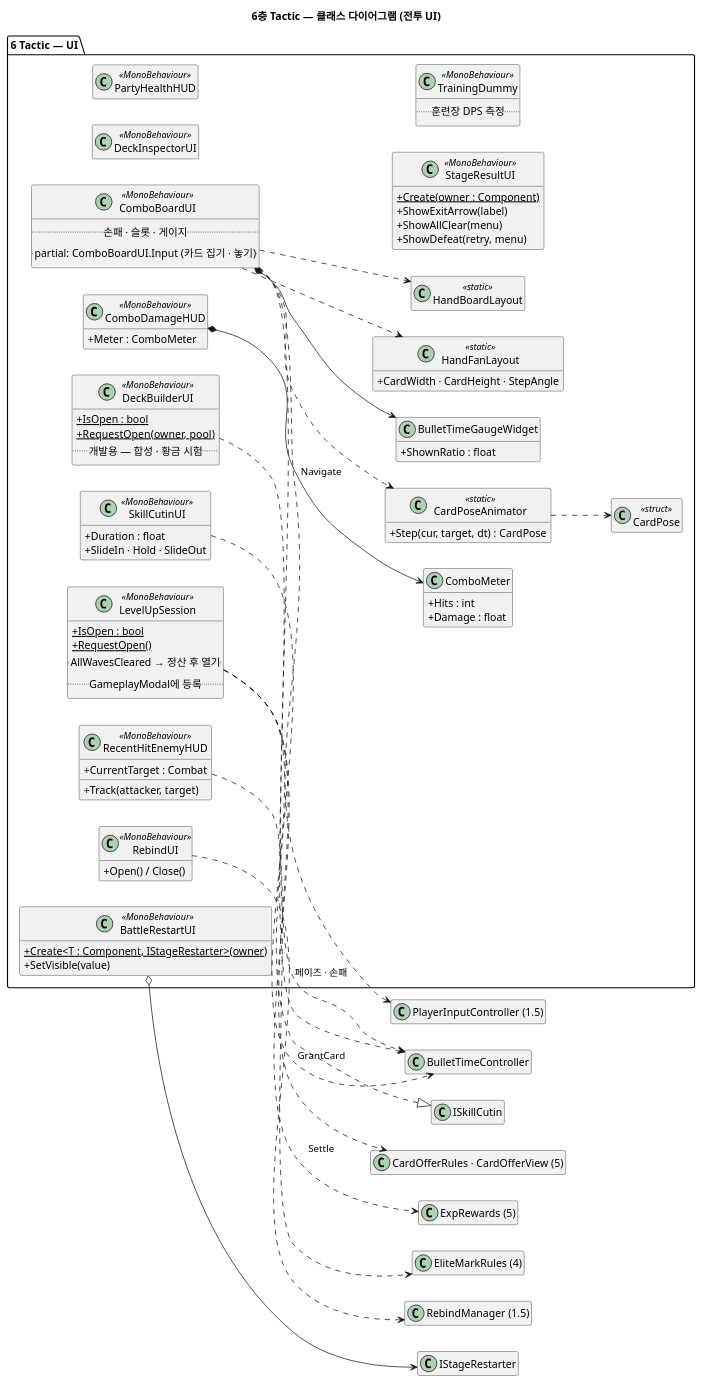
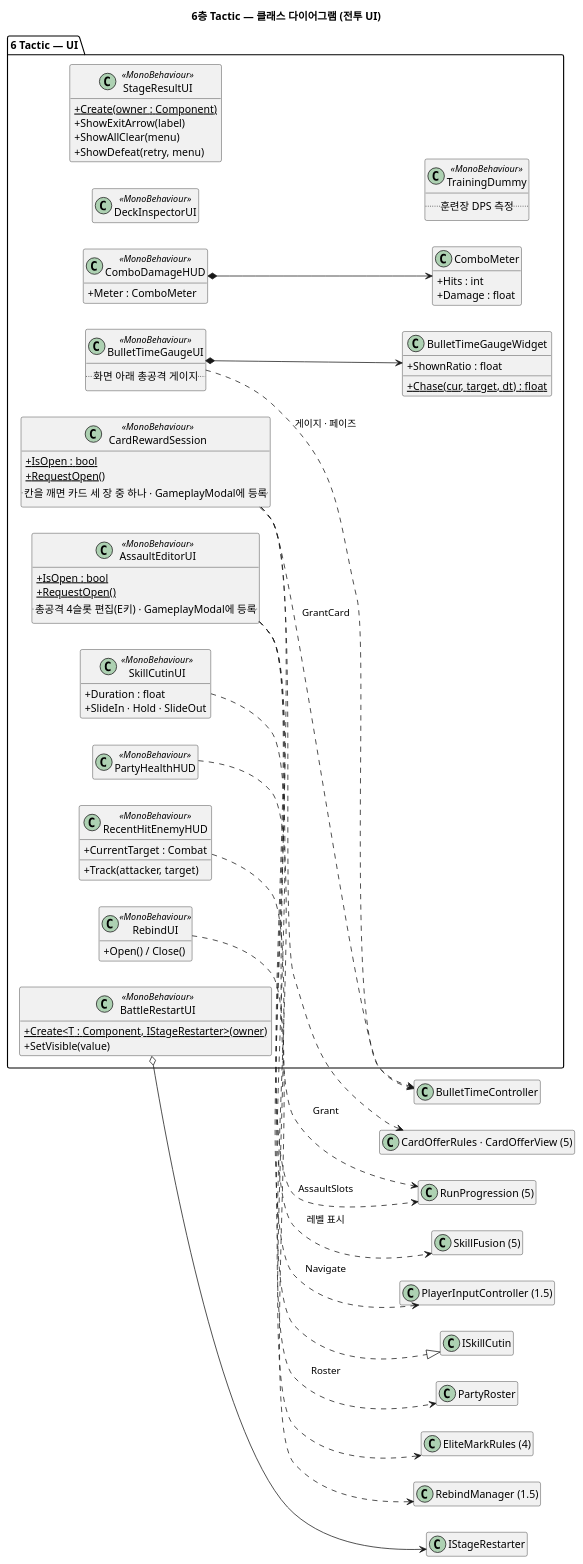
One commit to jukanmi/Prototype changed the diagram in docs/uml/09-Tactic-UI.puml. Above: the diagram before and after it, drawn with PlantUML. The commit also changed 193 other files, not shown here.

```diff
--- a/docs/uml/09-Tactic-UI.puml
+++ b/docs/uml/09-Tactic-UI.puml
@@ -1,89 +1,79 @@
 @startuml 09-Tactic-UI
-' 6층 Tactic — 전투 씬 UI. 대부분 코드로 캔버스를 짓는다(씬 배선 없음).
+' 6층 Tactic — 전투 씬 UI. HUD는 CombatManager · BattleInput 프리팹이 화면을 쥐고,
+' 모달 일부(총공격 편집 · 보상 카드 · 결과 · 재시작)는 코드로 캔버스를 짓는다.
 title 6층 Tactic — 클래스 다이어그램 (전투 UI)
 
 set separator none
 left to right direction
 skinparam shadowing false
 skinparam classAttributeIconSize 0
 hide empty members
 
 package "6 Tactic — UI" {
-  class ComboBoardUI <<MonoBehaviour>> {
-    .. 손패 · 슬롯 · 게이지 ..
-    .. partial: ComboBoardUI.Input (카드 집기 · 놓기) ..
+  class BulletTimeGaugeUI <<MonoBehaviour>> {
+    .. 화면 아래 총공격 게이지 ..
   }
-  class HandFanLayout <<static>> {
-    + CardWidth · CardHeight · StepAngle
-  }
-  class HandBoardLayout <<static>>
-  class CardPoseAnimator <<static>> {
-    + Step(cur, target, dt) : CardPose
-  }
-  class CardPose <<struct>>
   class BulletTimeGaugeWidget {
     + ShownRatio : float
+    + {static} Chase(cur, target, dt) : float
+  }
+  class AssaultEditorUI <<MonoBehaviour>> {
+    + {static} IsOpen : bool
+    + {static} RequestOpen()
+    .. 총공격 4슬롯 편집(E키) · GameplayModal에 등록 ..
+  }
+  class CardRewardSession <<MonoBehaviour>> {
+    + {static} IsOpen : bool
+    + {static} RequestOpen()
+    .. 칸을 깨면 카드 세 장 중 하나 · GameplayModal에 등록 ..
   }
   class SkillCutinUI <<MonoBehaviour>> {
     + Duration : float
     + SlideIn · Hold · SlideOut
-  }
-  class LevelUpSession <<MonoBehaviour>> {
-    + {static} IsOpen : bool
-    + {static} RequestOpen()
-    .. AllWavesCleared → 정산 후 열기 ..
-    .. GameplayModal에 등록 ..
-  }
-  class DeckBuilderUI <<MonoBehaviour>> {
-    + {static} IsOpen : bool
-    + {static} RequestOpen(owner, pool)
-    .. 개발용 — 합성 · 황금 시험 ..
   }
   class DeckInspectorUI <<MonoBehaviour>>
   class PartyHealthHUD <<MonoBehaviour>>
   class RecentHitEnemyHUD <<MonoBehaviour>> {
     + CurrentTarget : Combat
     + Track(attacker, target)
   }
   class ComboDamageHUD <<MonoBehaviour>> {
     + Meter : ComboMeter
   }
   class ComboMeter {
     + Hits : int
     + Damage : float
   }
   class RebindUI <<MonoBehaviour>> {
     + Open() / Close()
   }
   class StageResultUI <<MonoBehaviour>> {
     + {static} Create(owner : Component)
     + ShowExitArrow(label)
     + ShowAllClear(menu)
     + ShowDefeat(retry, menu)
   }
   class BattleRestartUI <<MonoBehaviour>> {
     + {static} Create<T : Component, IStageRestarter>(owner)
     + SetVisible(value)
   }
   class TrainingDummy <<MonoBehaviour>> {
     .. 훈련장 DPS 측정 ..
   }
 }
 
-ComboBoardUI ..> "BulletTimeController" : 페이즈 · 손패
-ComboBoardUI ..> "PlayerInputController (1.5)" : Navigate
-ComboBoardUI ..> HandFanLayout
-ComboBoardUI ..> HandBoardLayout
-ComboBoardUI ..> CardPoseAnimator
-ComboBoardUI *--> BulletTimeGaugeWidget
-CardPoseAnimator ..> CardPose
+BulletTimeGaugeUI ..> "BulletTimeController" : 게이지 · 페이즈
+BulletTimeGaugeUI *--> BulletTimeGaugeWidget
+AssaultEditorUI ..> "RunProgression (5)" : AssaultSlots
+AssaultEditorUI ..> "SkillFusion (5)" : 레벨 표시
+AssaultEditorUI ..> "PlayerInputController (1.5)" : Navigate
+CardRewardSession ..> "BulletTimeController" : GrantCard
+CardRewardSession ..> "CardOfferRules · CardOfferView (5)"
+CardRewardSession ..> "RunProgression (5)" : Grant
+PartyHealthHUD ..> "PartyRoster" : Roster
 SkillCutinUI ..|> "ISkillCutin"
-LevelUpSession ..> "BulletTimeController" : GrantCard
-LevelUpSession ..> "CardOfferRules · CardOfferView (5)"
-LevelUpSession ..> "ExpRewards (5)" : Settle
-DeckBuilderUI ..> "BulletTimeController"
 ComboDamageHUD *--> ComboMeter
 RecentHitEnemyHUD ..> "EliteMarkRules (4)"
 RebindUI ..> "RebindManager (1.5)"
 BattleRestartUI o--> "IStageRestarter"
 @enduml
```
